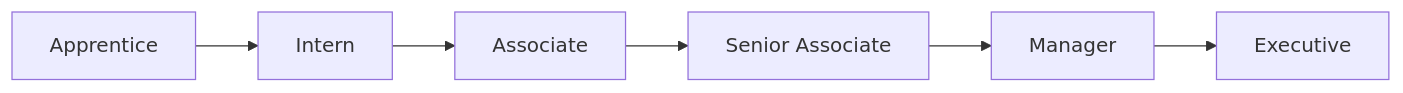
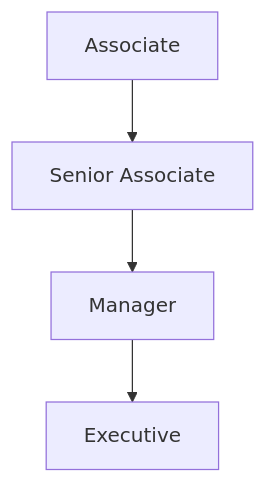
Before and after one commit to RIAHPathway/Website-Draft: diagram 15 of 17 in RIAH-PATHWAY-EXPERIENTIAL-STRUCTURE/EXPERIENTIAL-STRUCTURE.md, drawn with Mermaid. The commit also changed other lines of this file, not shown here.

Commit message:
Break experiential Mermaid processes into readable high-level flows

````diff
--- a/RIAH-PATHWAY-EXPERIENTIAL-STRUCTURE/EXPERIENTIAL-STRUCTURE.md
+++ b/RIAH-PATHWAY-EXPERIENTIAL-STRUCTURE/EXPERIENTIAL-STRUCTURE.md
@@ -435,4 +493,6 @@
 ```mermaid
-flowchart LR
-    A[Apprentice] --> B[Intern] --> C[Associate] --> D[Senior Associate] --> E[Manager] --> F[Executive]
+flowchart TD
+    A[Associate] --> B[Senior Associate]
+    B --> C[Manager]
+    C --> D[Executive]
 ```
````
